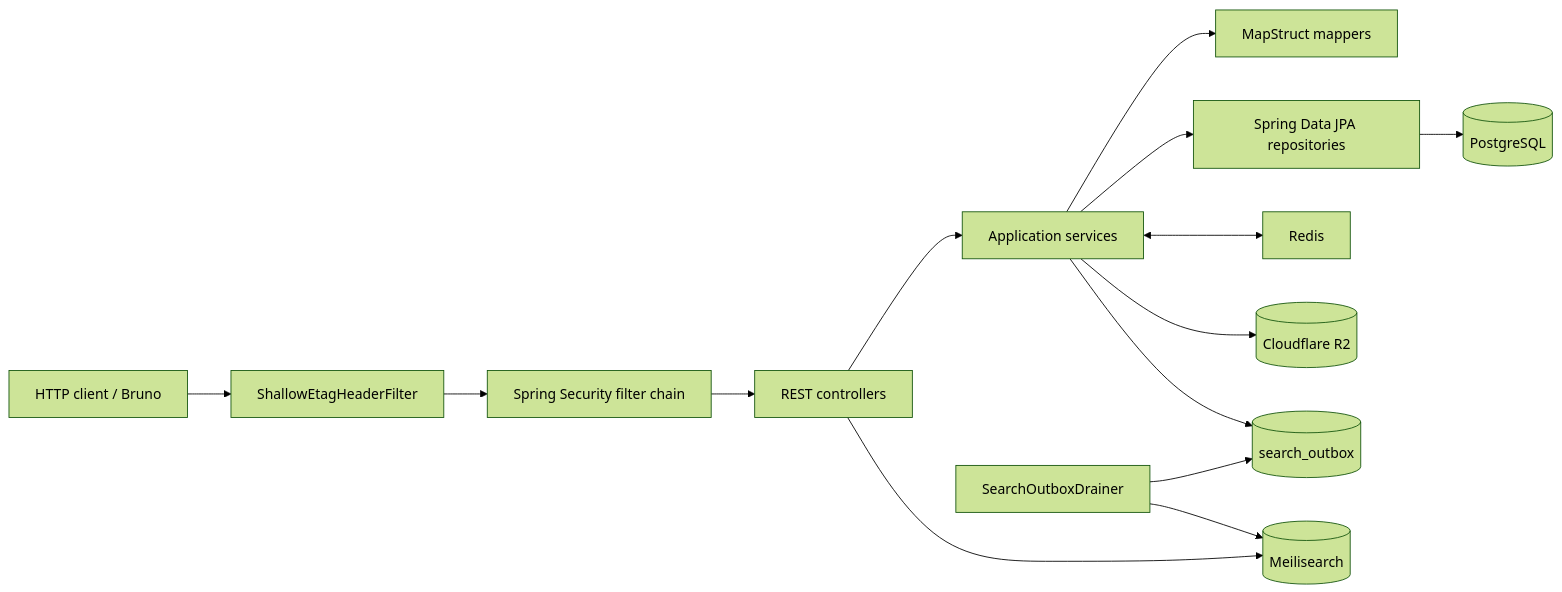
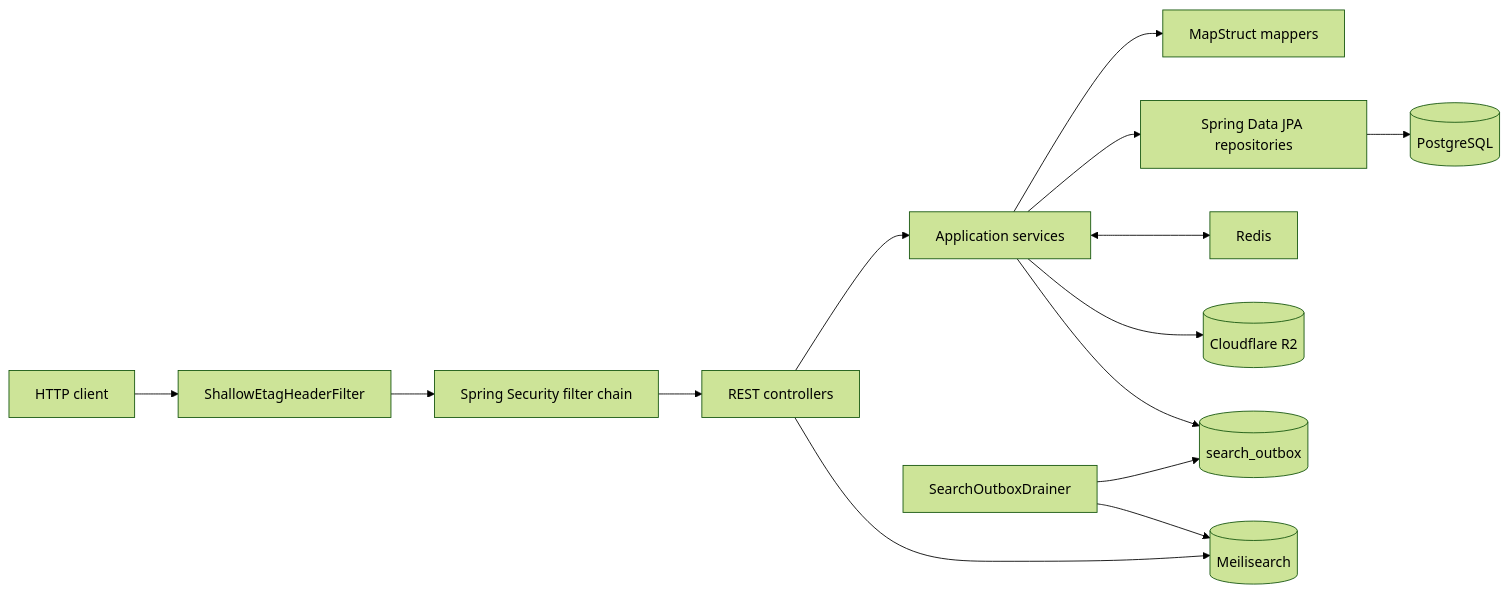
Before and after one commit to theinhumaneme/documan-java21: the first of 2 diagrams in README.md, drawn with Mermaid (forest theme). The commit also changed other lines of this file, not shown here.

````diff
--- a/README.md
+++ b/README.md
@@ -126,27 +121,27 @@
 ```mermaid
 flowchart LR
-    Client[HTTP client / Bruno]
+    Client[HTTP client]
     Etag[ShallowEtagHeaderFilter]
     Security[Spring Security filter chain]
     Controllers[REST controllers]
     Services[Application services]
     Mappers[MapStruct mappers]
     Repositories[Spring Data JPA repositories]
     Cache[Redis]
     Database[(PostgreSQL)]
     R2[(Cloudflare R2)]
 
     Client --> Etag
     Etag --> Security
     Security --> Controllers
     Controllers --> Services
     Services --> Mappers
     Services --> Repositories
     Repositories --> Database
     Services <--> Cache
     Services --> R2
     Services --> Outbox[(search_outbox)]
     Drainer[SearchOutboxDrainer] --> Outbox
     Drainer --> Meili[(Meilisearch)]
     Controllers --> Meili
 ```
````
